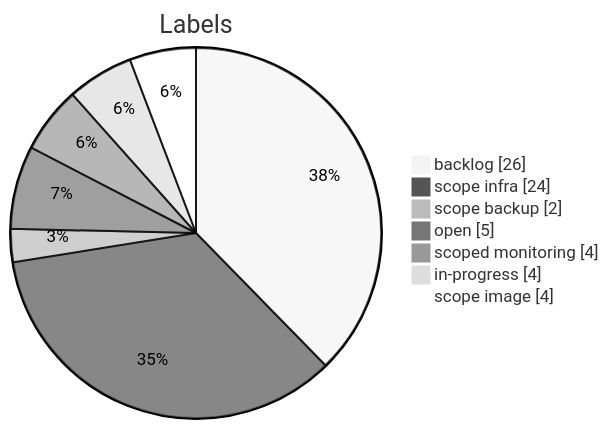
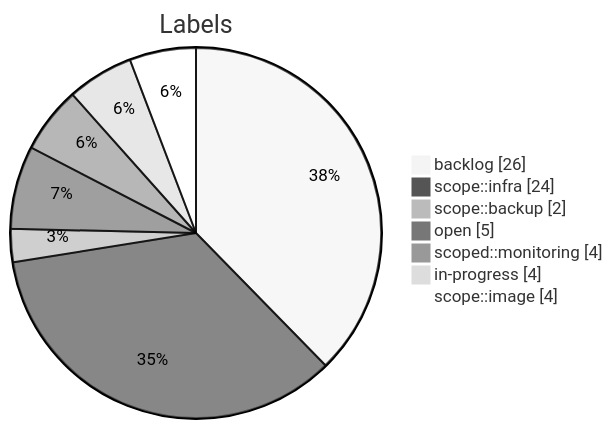
The eighth of 8 diagrams in modules/M41_projet-board-J01.md (Gooseppr/GevOps_LC), drawn with Mermaid (neutral theme) before and after one commit. The commit also changed other lines of this file, not shown here.

````diff
--- a/modules/M41_projet-board-J01.md
+++ b/modules/M41_projet-board-J01.md
@@ -68,11 +148,11 @@
 ```mermaid
 pie showData
     title Labels
     "backlog" : 26
-    "scope  infra" : 24
-    "scope  backup" : 2
+    "scope::infra" : 24
+    "scope::backup" : 2
     "open" : 5
-    "scoped  monitoring" : 4
+    "scoped::monitoring" : 4
     "in-progress" : 4
-    "scope  image" : 4
+    "scope::image" : 4
 ```
````
